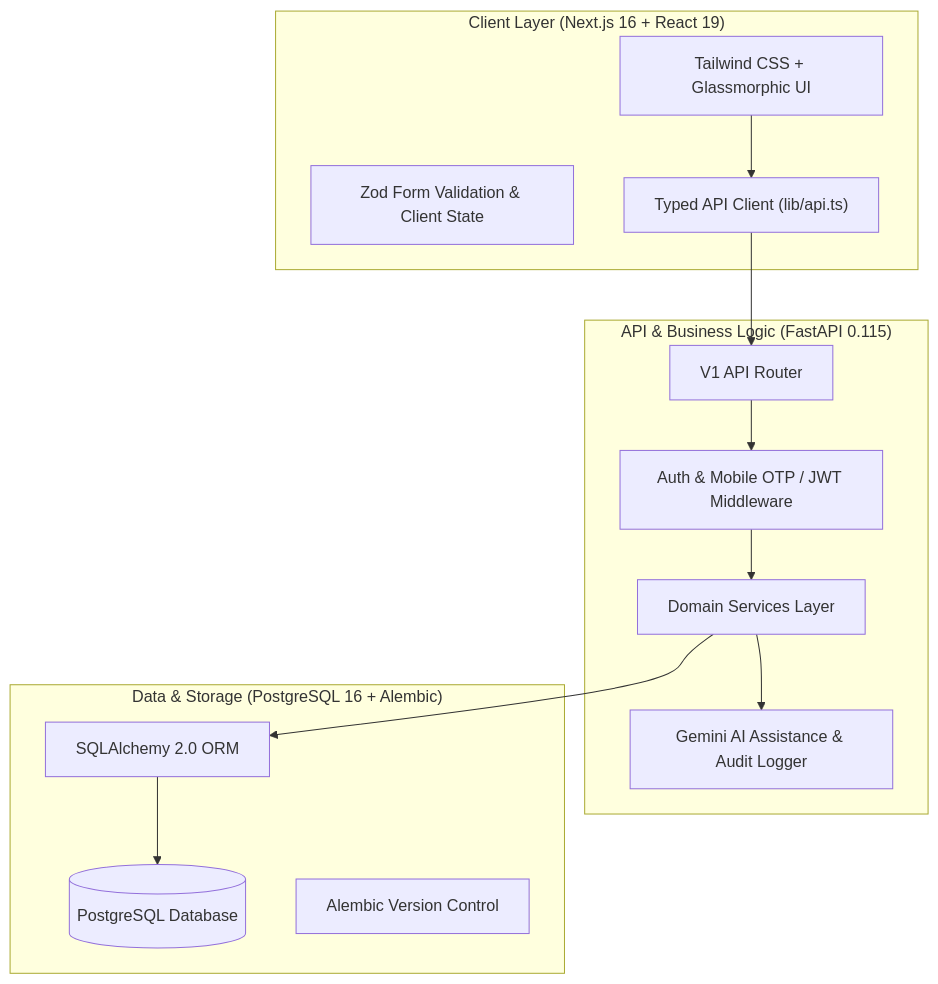
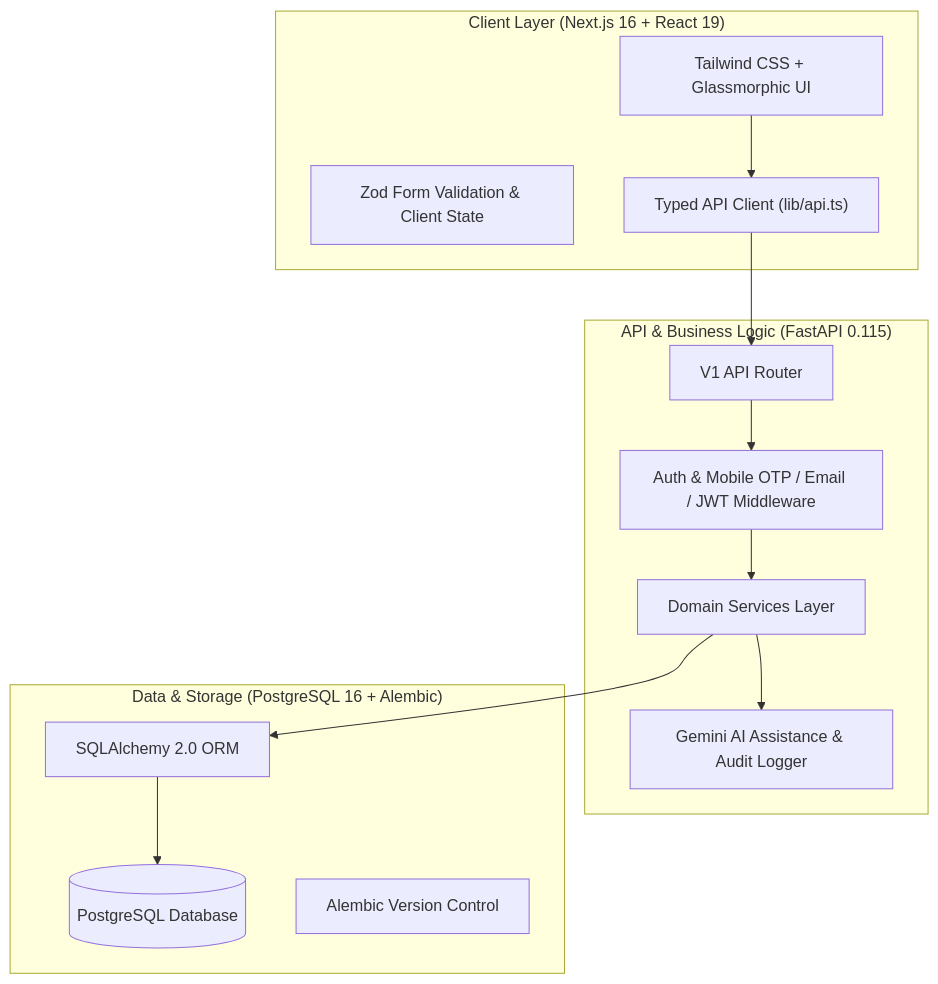
One commit to CREATORRADHEY/Nirnay-SIH26043 changed the diagram in README.md. Above: the diagram before and after it, drawn with Mermaid. The commit also changed other lines of this file and 1 other file, not shown here.

````diff
--- a/README.md
+++ b/README.md
@@ -30,29 +34,29 @@
 ```mermaid
 graph TD
     subgraph Client Layer ["Client Layer (Next.js 16 + React 19)"]
         UI["Tailwind CSS + Glassmorphic UI"]
         Forms["Zod Form Validation & Client State"]
         API_Client["Typed API Client (lib/api.ts)"]
     end
 
     subgraph API Gateway ["API & Business Logic (FastAPI 0.115)"]
         Router["V1 API Router"]
-        Auth["Auth & Mobile OTP / JWT Middleware"]
+        Auth["Auth & Mobile OTP / Email / JWT Middleware"]
         Services["Domain Services Layer"]
         AI_Engine["Gemini AI Assistance & Audit Logger"]
     end
 
     subgraph Data Layer ["Data & Storage (PostgreSQL 16 + Alembic)"]
         DB[(PostgreSQL Database)]
         ORM["SQLAlchemy 2.0 ORM"]
         Migrations["Alembic Version Control"]
     end
 
     UI --> API_Client
     API_Client --> Router
     Router --> Auth
     Auth --> Services
     Services --> AI_Engine
     Services --> ORM
     ORM --> DB
 ```
````
